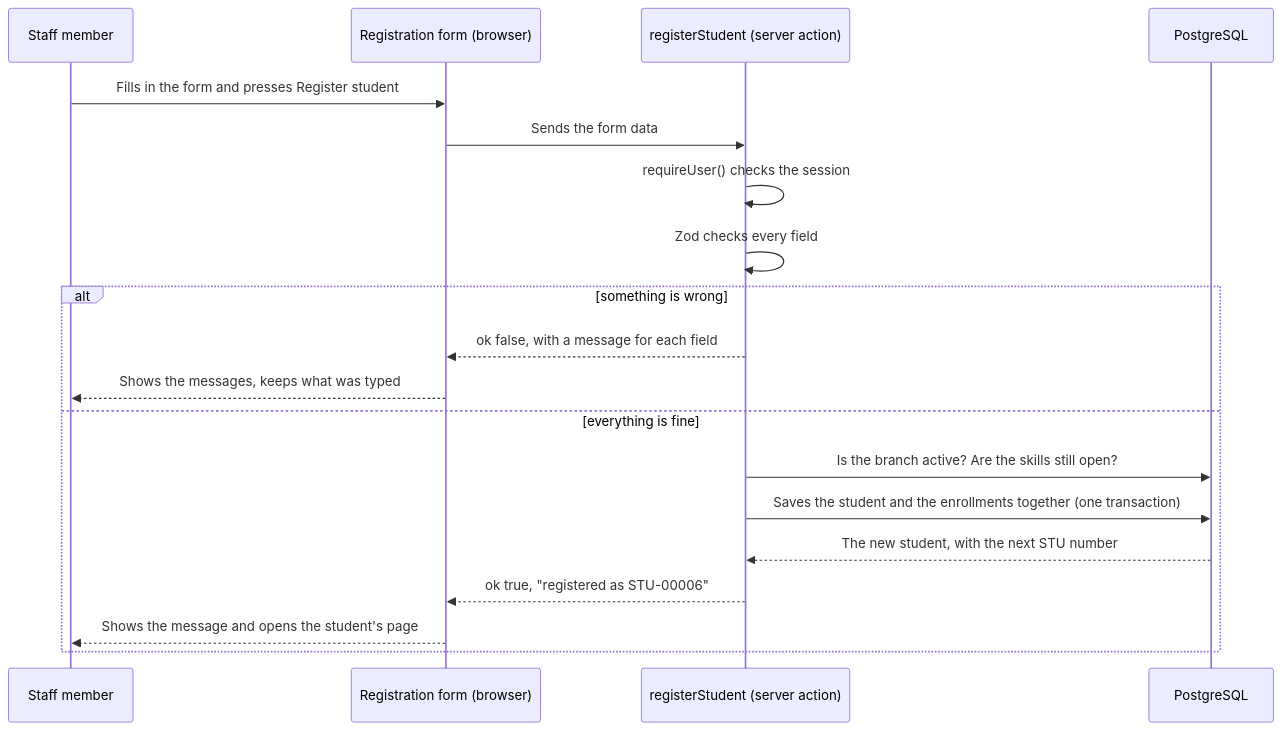
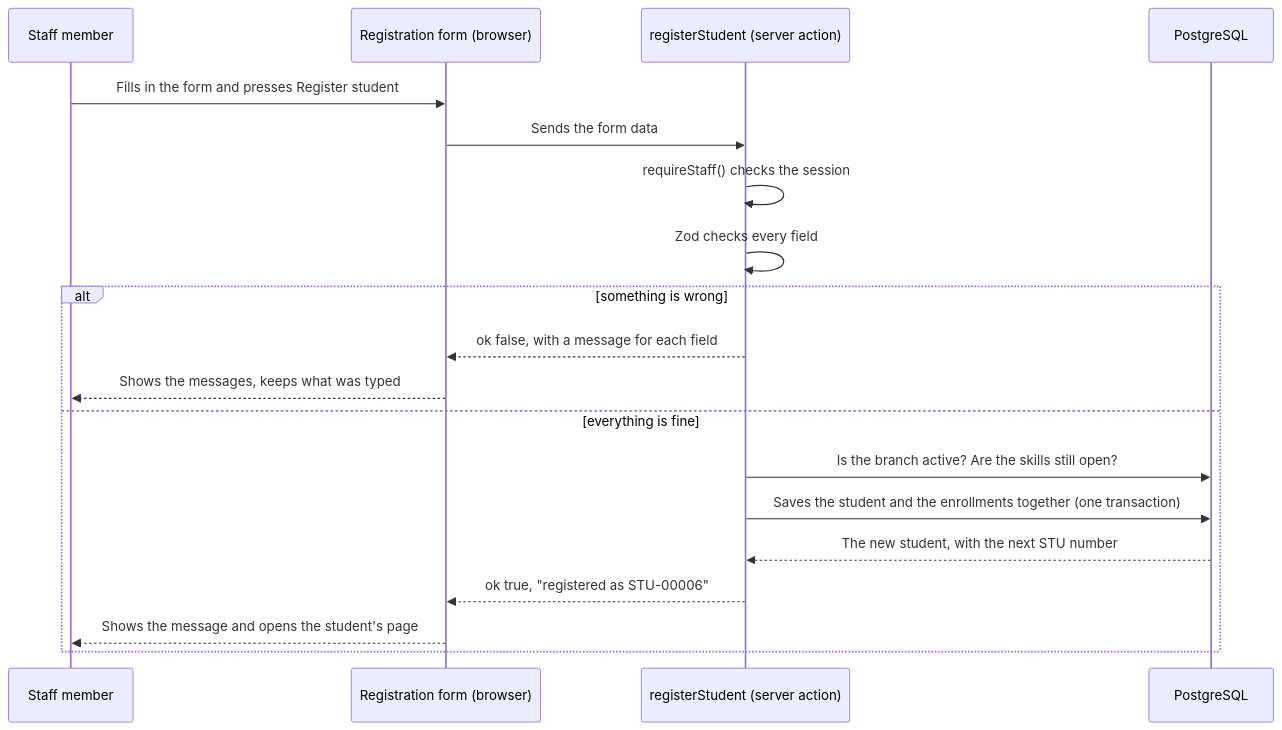
One commit to kadarbache/hormuud-academy changed the second of 3 diagrams in docs/system-guide.md. Above: the diagram before and after it, drawn with Mermaid. The commit also changed other lines of this file, not shown here.

````diff
--- a/docs/system-guide.md
+++ b/docs/system-guide.md
@@ -403,22 +436,22 @@
 ```mermaid
 sequenceDiagram
     participant S as Staff member
     participant F as Registration form (browser)
     participant A as registerStudent (server action)
     participant DB as PostgreSQL
 
     S->>F: Fills in the form and presses Register student
     F->>A: Sends the form data
-    A->>A: requireUser() checks the session
+    A->>A: requireStaff() checks the session
     A->>A: Zod checks every field
     alt something is wrong
         A-->>F: ok false, with a message for each field
         F-->>S: Shows the messages, keeps what was typed
     else everything is fine
         A->>DB: Is the branch active? Are the skills still open?
         A->>DB: Saves the student and the enrollments together (one transaction)
         DB-->>A: The new student, with the next STU number
         A-->>F: ok true, "registered as STU-00006"
         F-->>S: Shows the message and opens the student's page
     end
 ```
````
